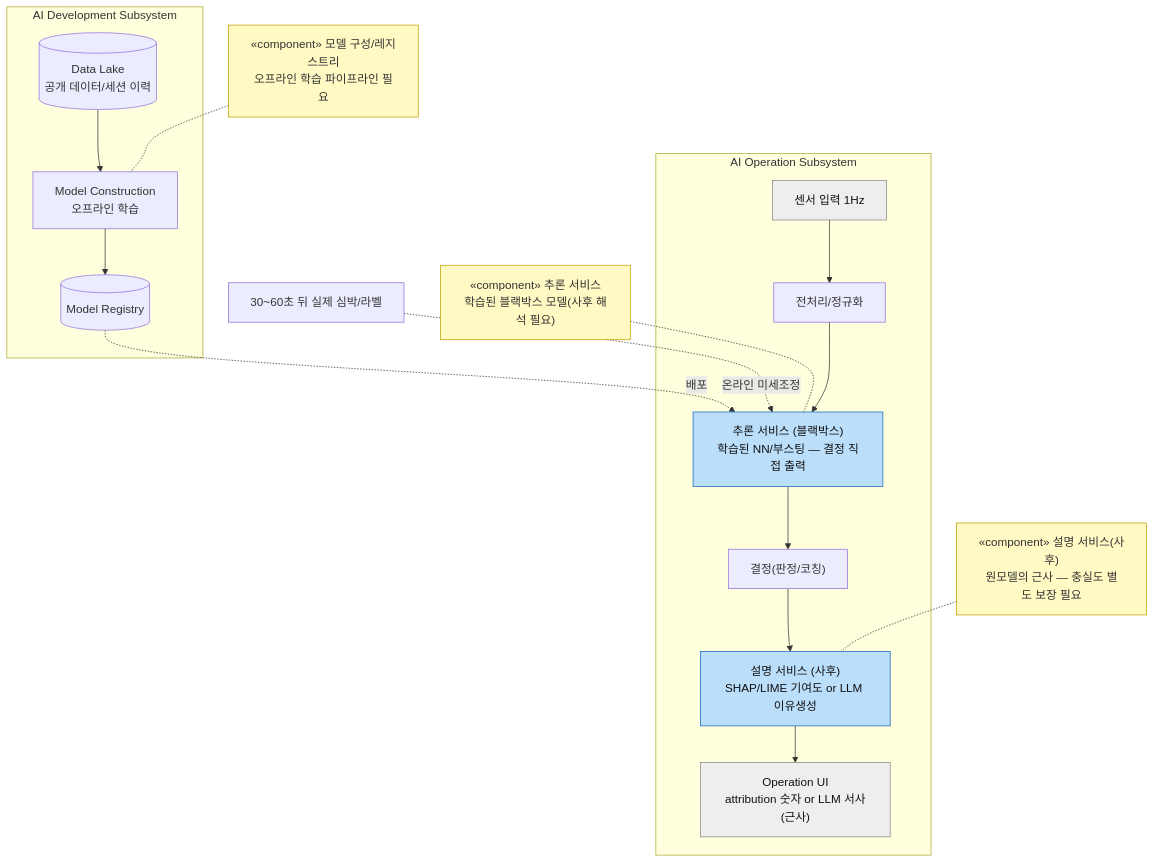
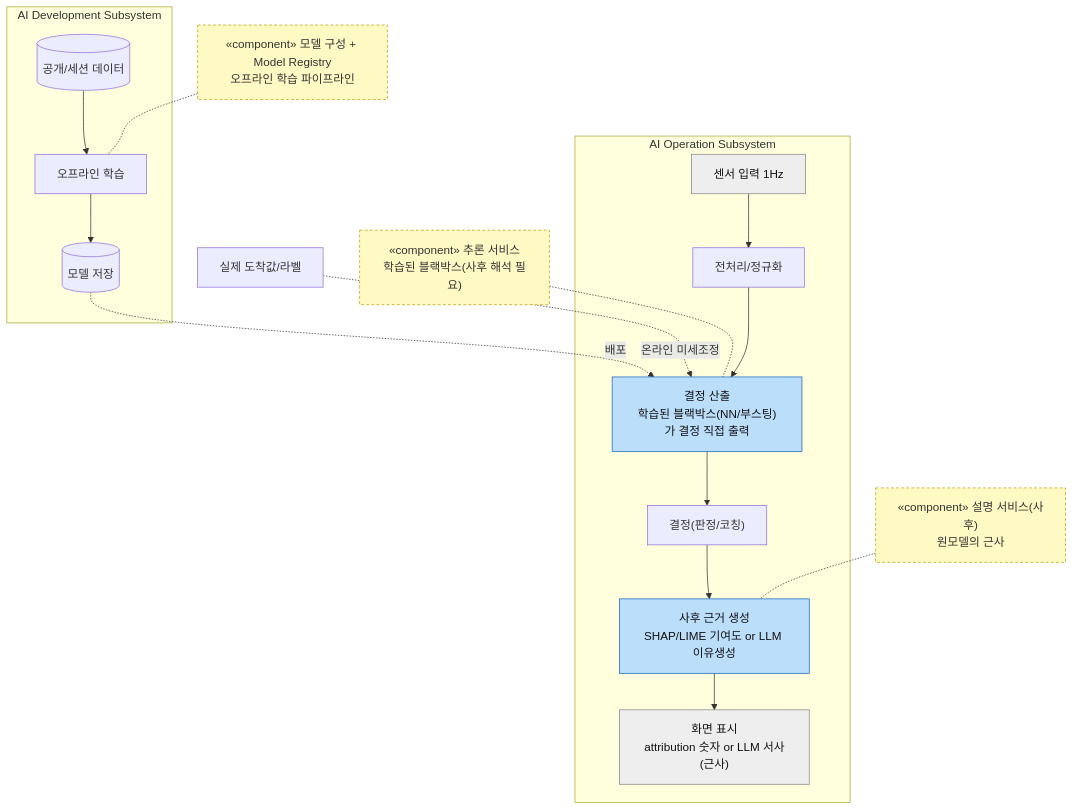
Before and after one commit to tenyearslove/zone2runner: the second of 2 diagrams in arch/dp-explainability-intrinsic-vs-posthoc.md, drawn with Mermaid. The commit also changed other lines of this file, not shown here.

First line of the commit message:
docs(dp-explainability): «component»를 note(주석)로 정정 — 기능 박스와 아키텍처 매핑 분리

````diff
--- a/arch/dp-explainability-intrinsic-vs-posthoc.md
+++ b/arch/dp-explainability-intrinsic-vs-posthoc.md
@@ -133,25 +134,26 @@
 ```mermaid
 flowchart TD
     subgraph OP["AI Operation Subsystem"]
       A["센서 입력 1Hz"] --> PRE["전처리/정규화"]
-      PRE --> MODEL["추론 서비스 (블랙박스)<br/>학습된 NN/부스팅 — 결정 직접 출력"]
+      PRE --> MODEL["결정 산출<br/>학습된 블랙박스(NN/부스팅)가 결정 직접 출력"]
       MODEL --> DEC["결정(판정/코칭)"]
-      DEC --> POST["설명 서비스 (사후)<br/>SHAP/LIME 기여도 or LLM 이유생성"]
-      POST --> UI["Operation UI<br/>attribution 숫자 or LLM 서사(근사)"]
+      DEC --> POST["사후 근거 생성<br/>SHAP/LIME 기여도 or LLM 이유생성"]
+      POST --> UI["화면 표시<br/>attribution 숫자 or LLM 서사(근사)"]
     end
     subgraph DEV["AI Development Subsystem"]
-      DATA[("Data Lake<br/>공개 데이터/세션 이력")] --> MC["Model Construction<br/>오프라인 학습"]
-      MC --> REG[("Model Registry")]
+      DATA[("공개/세션 데이터")] --> MC["오프라인 학습"]
+      MC --> REG[("모델 저장")]
     end
     REG -. "배포" .-> MODEL
-    H["30~60초 뒤 실제 심박/라벨"] -. "온라인 미세조정" .-> MODEL
-    N1["«component» 추론 서비스<br/>학습된 블랙박스 모델(사후 해석 필요)"] -.- MODEL
-    N2["«component» 설명 서비스(사후)<br/>원모델의 근사 — 충실도 별도 보장 필요"] -.- POST
-    N3["«component» 모델 구성/레지스트리<br/>오프라인 학습 파이프라인 필요"] -.- MC
-    classDef comp fill:#fff9c4,stroke:#c0a000,color:#333
+    H["실제 도착값/라벨"] -. "온라인 미세조정" .-> MODEL
+    %% 노란 상자 = 컴포넌트가 아니라 note(주석): 연결된 기능 블록의 AI System 아키텍처 매핑
+    nMODEL["«component» 추론 서비스<br/>학습된 블랙박스(사후 해석 필요)"] -.- MODEL
+    nPOST["«component» 설명 서비스(사후)<br/>원모델의 근사"] -.- POST
+    nMC["«component» 모델 구성 + Model Registry<br/>오프라인 학습 파이프라인"] -.- MC
+    classDef note fill:#fff9c4,stroke:#c0a000,color:#333,stroke-dasharray:4 3
     classDef core fill:#bbdefb,stroke:#1565c0,color:#111
     classDef io fill:#eeeeee,stroke:#888,color:#111
-    class N1,N2,N3 comp
+    class nMODEL,nPOST,nMC note
     class MODEL,POST core
     class A,UI io
 ```
````
